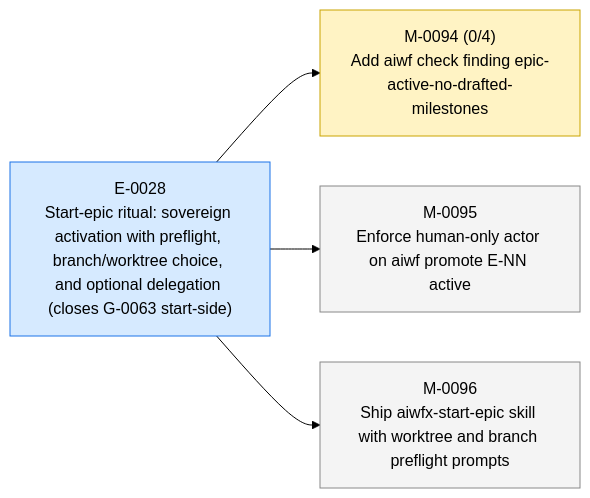
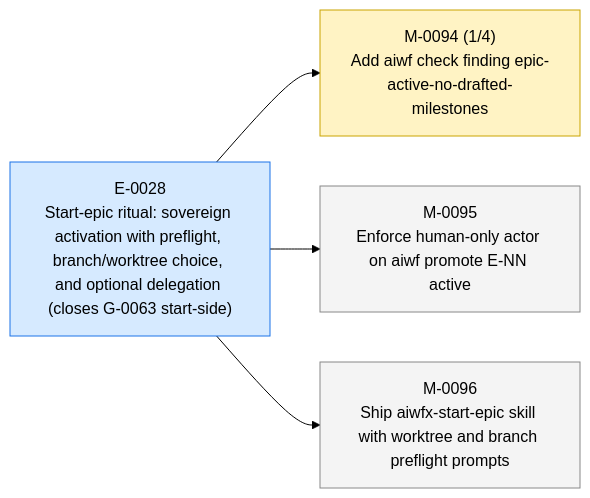
Before and after one commit to 23min/aiwf: the first of 3 diagrams in STATUS.md, drawn with Mermaid (forest theme). The commit also changed other lines of this file and 1 other file, not shown here.

First line of the commit message:
aiwf promote M-0094/AC-1 open -> met

````diff
--- a/STATUS.md
+++ b/STATUS.md
@@ -13,16 +13,16 @@
 ```mermaid
 flowchart LR
   E_0028["E-0028<br/>Start-epic ritual: sovereign activation with preflight, branch/worktree choice, and optional delegation (closes G-0063 start-side)"]:::epic_active
-  M_0094["M-0094 (0/4)<br/>Add aiwf check finding epic-active-no-drafted-milestones"]:::ms_in_progress
+  M_0094["M-0094 (1/4)<br/>Add aiwf check finding epic-active-no-drafted-milestones"]:::ms_in_progress
   E_0028 --> M_0094
   M_0095["M-0095<br/>Enforce human-only actor on aiwf promote E-NN active"]:::ms_draft
   E_0028 --> M_0095
   M_0096["M-0096<br/>Ship aiwfx-start-epic skill with worktree and branch preflight prompts"]:::ms_draft
   E_0028 --> M_0096
   classDef epic_active fill:#d6eaff,stroke:#1a73e8,color:#000
   classDef epic_proposed fill:#f4f4f4,stroke:#888,color:#000
   classDef ms_done fill:#d8f5d8,stroke:#2a8a2a,color:#000
   classDef ms_in_progress fill:#fff3c4,stroke:#caa400,color:#000
   classDef ms_draft fill:#f4f4f4,stroke:#888,color:#000
   classDef ms_cancelled fill:#fbeaea,stroke:#c33,color:#000
 ```
````
